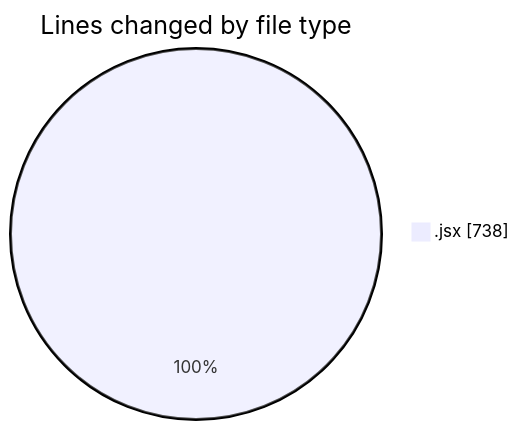
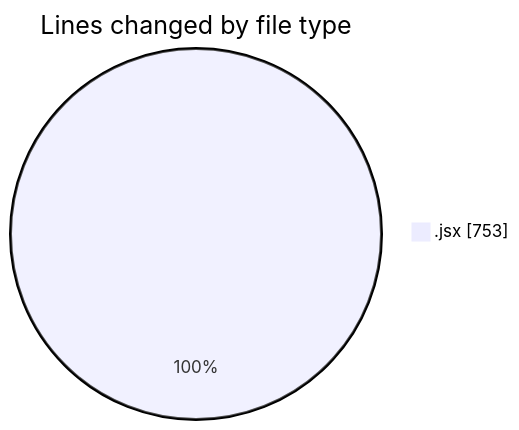
Before and after one commit to nxtqubesakshisongat/code-tracking: the first of 2 diagrams in 2025-05-09/argos-dev/README.md, drawn with Mermaid. The commit also changed other lines of this file and 1 other file, not shown here.

````diff
--- a/2025-05-09/argos-dev/README.md
+++ b/2025-05-09/argos-dev/README.md
@@ -21,5 +21,5 @@
 ```mermaid
 pie showData
 title Lines changed by file type
-".jsx" : 738
+".jsx" : 753
 ```
````
